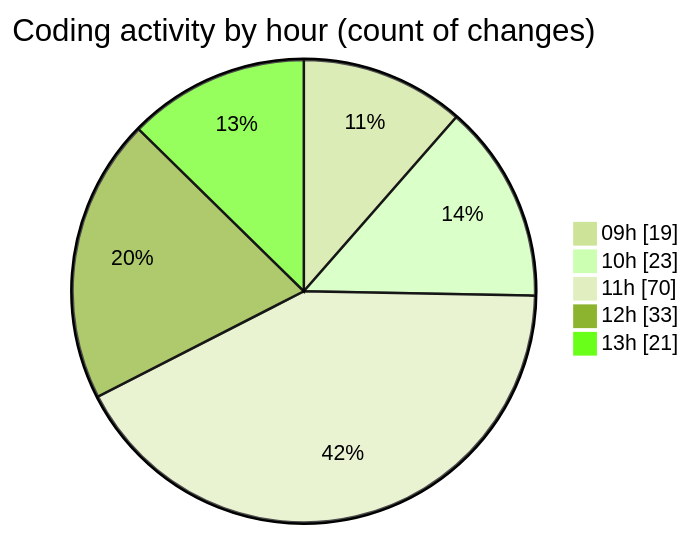
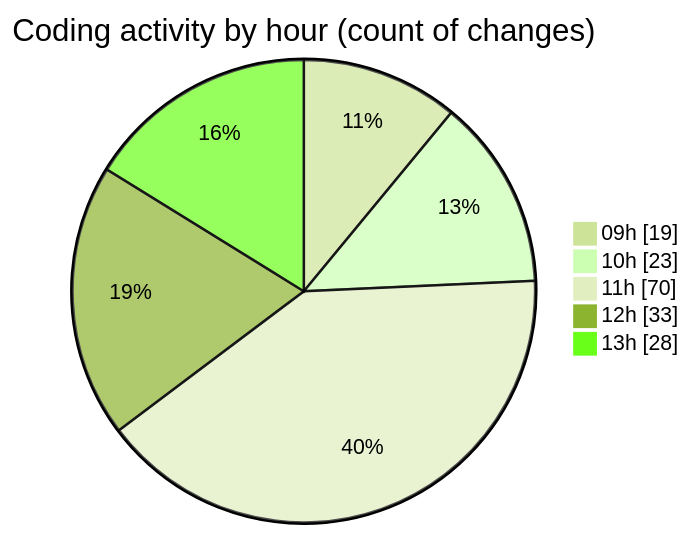
The second of 2 diagrams in 2026-02-12/cda/README.md (momahboobian/code-tracking), drawn with Mermaid (forest theme) before and after one commit. The commit also changed other lines of this file and 1 other file, not shown here.

````diff
--- a/2026-02-12/cda/README.md
+++ b/2026-02-12/cda/README.md
@@ -44,9 +44,9 @@
 ```mermaid
 pie showData
 title Coding activity by hour (count of changes)
 "09h" : 19
 "10h" : 23
 "11h" : 70
 "12h" : 33
-"13h" : 21
+"13h" : 28
 ```
````
